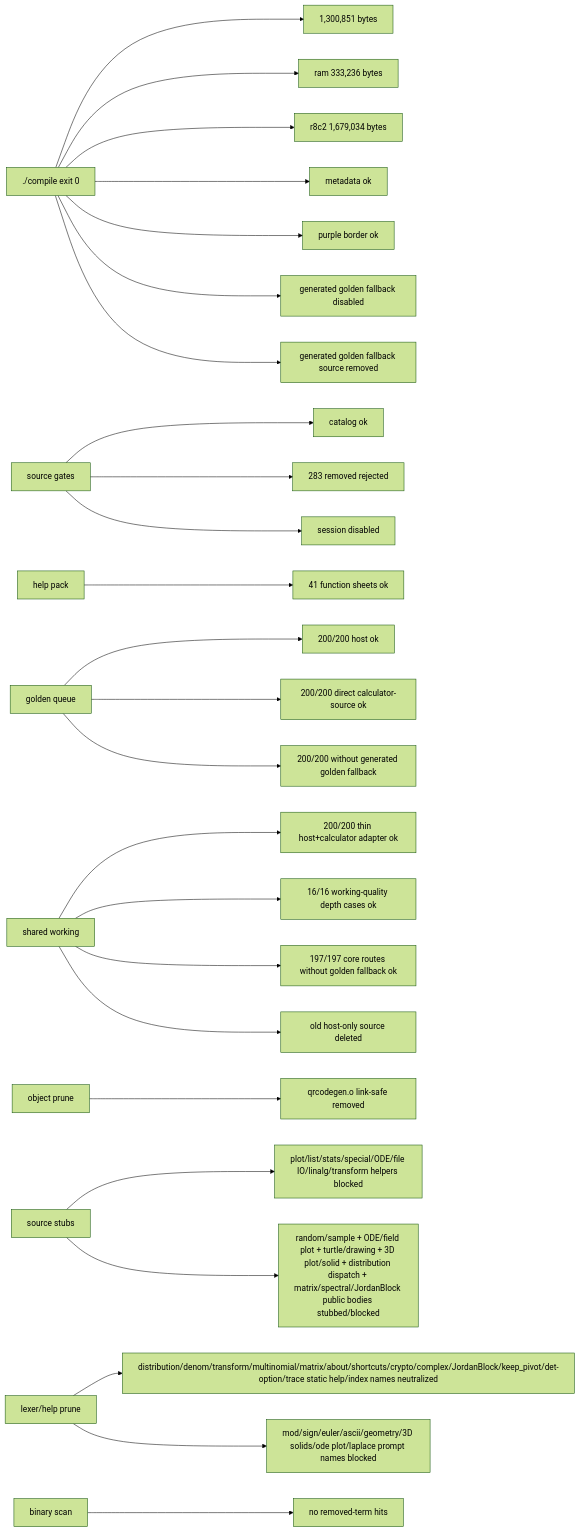
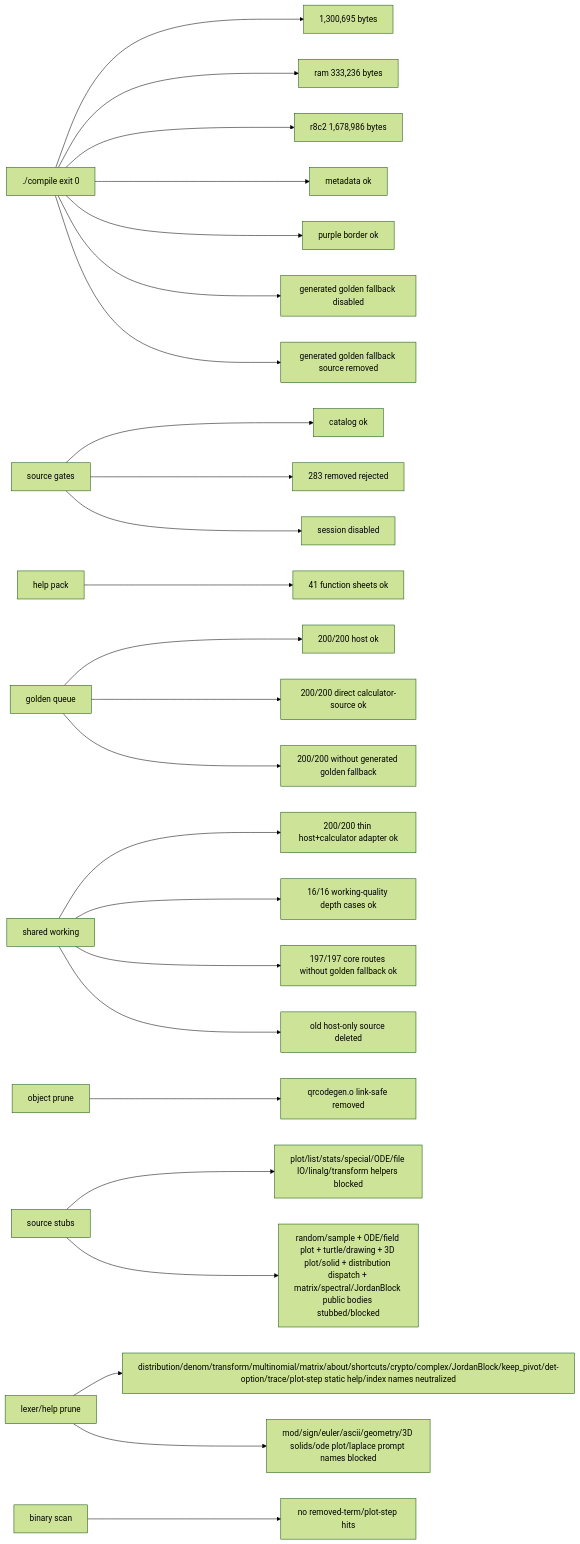
Before and after one commit to james8464/notes-addin-casio-fx-cg50: the seventh of 7 diagrams in docs/GRAPH.md, drawn with Mermaid (forest theme). The commit also changed other lines of this file and 7 other files, not shown here.

Commit message:
prune: hide plot step messages

````diff
--- a/docs/GRAPH.md
+++ b/docs/GRAPH.md
@@ -170,27 +172,27 @@
 ```mermaid
 graph LR
-  Build["./compile exit 0"] --> Size["1,300,851 bytes"]
+  Build["./compile exit 0"] --> Size["1,300,695 bytes"]
   Build --> Ram["ram 333,236 bytes"]
-  Build --> R8C2["r8c2 1,679,034 bytes"]
+  Build --> R8C2["r8c2 1,678,986 bytes"]
   Build --> Meta["metadata ok"]
   Build --> Border["purple border ok"]
   Build --> NoRuntimeFallback["generated golden fallback disabled"]
   Build --> NoRuntimeSource["generated golden fallback source removed"]
   Source["source gates"] --> Catalog["catalog ok"]
   Source --> Removed["283 removed rejected"]
   Source --> Session["session disabled"]
   Help["help pack"] --> HelpQ["41 function sheets ok"]
   Queue["golden queue"] --> QueueRun["200/200 host ok"]
   Queue --> GoldenRun["200/200 direct calculator-source ok"]
   Queue --> NoGolden["200/200 without generated golden fallback"]
   Shared["shared working"] --> SharedRun["200/200 thin host+calculator adapter ok"]
   Shared --> WorkQ["16/16 working-quality depth cases ok"]
   Shared --> CoreRun["197/197 core routes without golden fallback ok"]
   Shared --> NoHostSrc["old host-only source deleted"]
   Obj["object prune"] --> QR["qrcodegen.o link-safe removed"]
   Macro["source stubs"] --> Stubbed["plot/list/stats/special/ODE/file IO/linalg/transform helpers blocked"]
   Macro --> RuntimeStubbed["random/sample + ODE/field plot + turtle/drawing + 3D plot/solid + distribution dispatch + matrix/spectral/JordanBlock public bodies stubbed/blocked"]
-  Static["lexer/help prune"] --> StaticRun["distribution/denom/transform/multinomial/matrix/about/shortcuts/crypto/complex/JordanBlock/keep_pivot/det-option/trace static help/index names neutralized"]
+  Static["lexer/help prune"] --> StaticRun["distribution/denom/transform/multinomial/matrix/about/shortcuts/crypto/complex/JordanBlock/keep_pivot/det-option/trace/plot-step static help/index names neutralized"]
   Static --> PromptRun["mod/sign/euler/ascii/geometry/3D solids/ode plot/laplace prompt names blocked"]
-  Bin["binary scan"] --> NoLeak["no removed-term hits"]
+  Bin["binary scan"] --> NoLeak["no removed-term/plot-step hits"]
 ```
````
